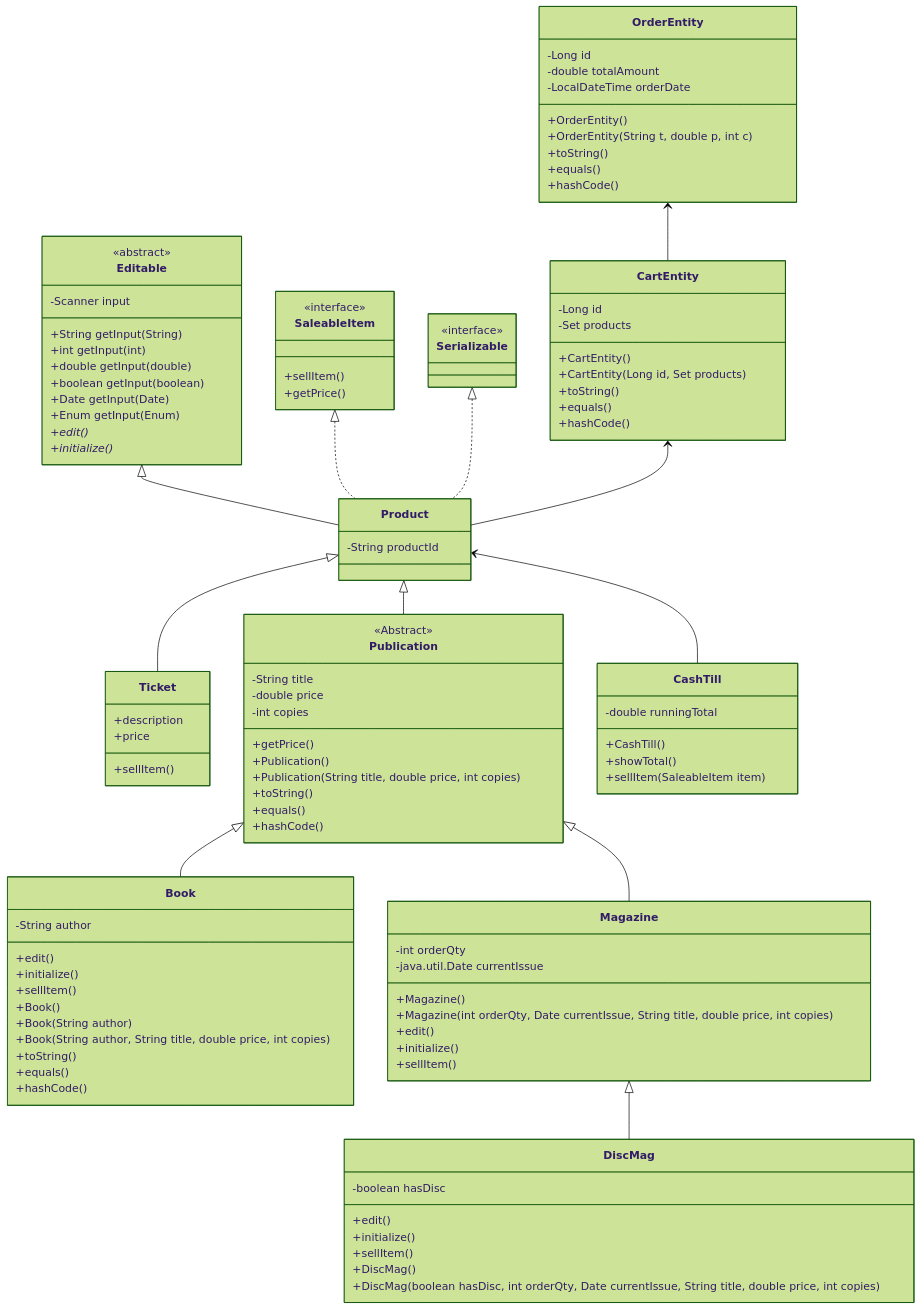
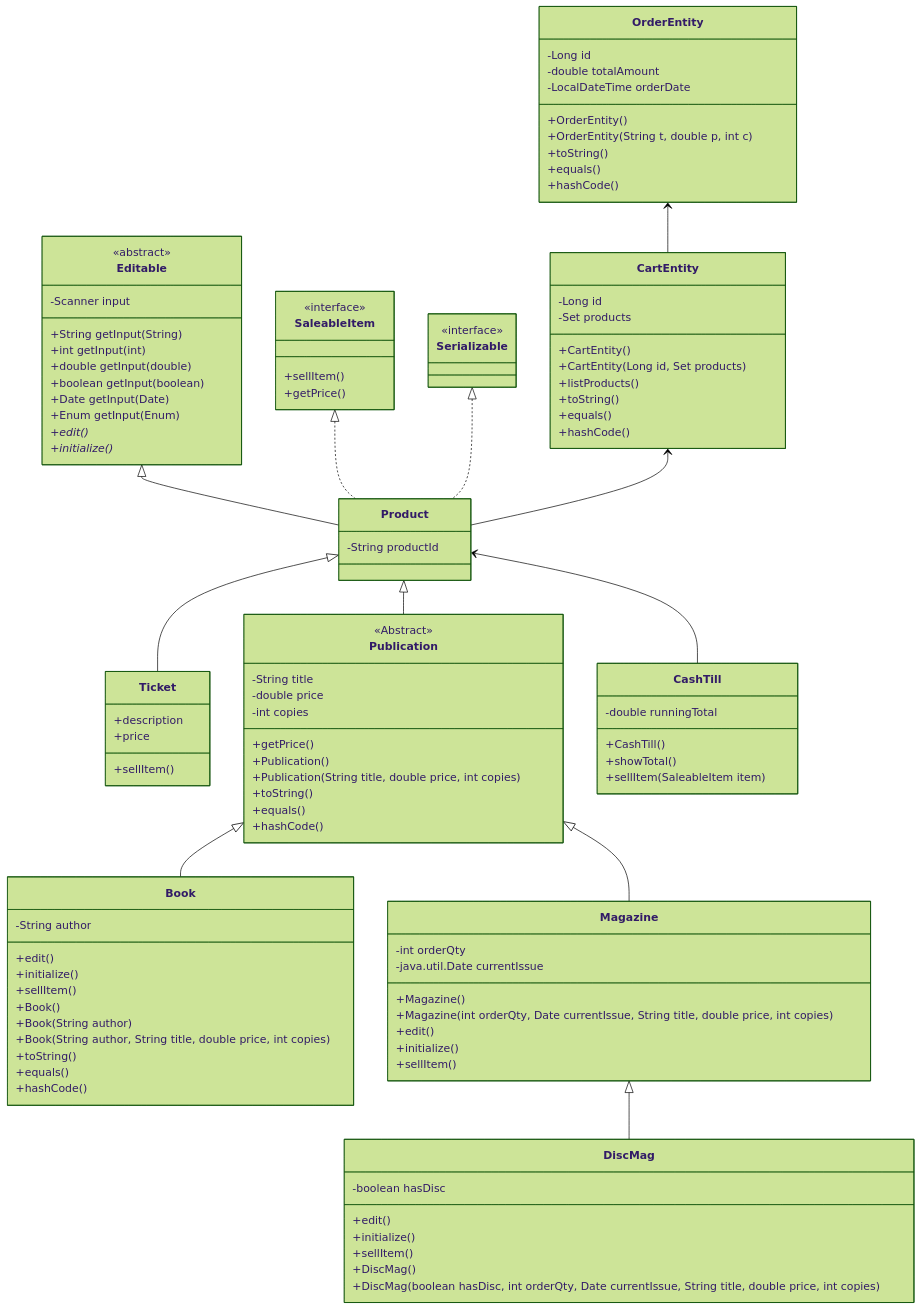
One commit to CaellumW/csd230_f26.lab1.CaellumFortier changed the diagram in documentation/bookstore.f25-2025-11-17-211001.mmd. Above: the diagram before and after it, drawn with Mermaid (forest theme). The commit also changed 2 other files, not shown here.

```diff
--- a/documentation/bookstore.f25-2025-11-17-211001.mmd
+++ b/documentation/bookstore.f25-2025-11-17-211001.mmd
@@ -1,120 +1,121 @@
 classDiagram
     Editable <|--Product
     Product <|--Ticket
     Product <|--Publication
     Publication <|-- Book
     Publication <|-- Magazine
     Magazine <|-- DiscMag
     SaleableItem <|.. Product
     Serializable <|.. Product
     Product <-- CashTill
     OrderEntity <-- CartEntity
     CartEntity <-- Product
 
     class Product{
         -String productId
     }
 
     class Serializable{
         <<interface>>
     }
     class Ticket{
         +description
         +price
         +sellItem()
     }
     class Editable{
         <<abstract>>
         -Scanner input
         +String getInput(String)
         +int getInput(int)
         +double getInput(double)
         +boolean getInput(boolean)
         +Date getInput(Date)
         +Enum getInput(Enum)
         +edit()*
         +initialize()*
 
     }
     class Publication{
         <<Abstract>>
         -String title
         -double price
         -int copies
         +getPrice()
 
         +Publication()
         +Publication(String title, double price, int copies)
         +toString()
         +equals()
         +hashCode()
 
     }
     class Book{
         -String author
         +edit()
         +initialize()
         +sellItem()
 
         +Book()
         +Book(String author)
         +Book(String author, String title, double price, int copies)
         +toString()
         +equals()
         +hashCode()
     }
 
     class Magazine{
         -int orderQty
         -java.util.Date currentIssue
 
         +Magazine()
         +Magazine(int orderQty, Date currentIssue, String title, double price, int copies)
 
         +edit()
         +initialize()
         +sellItem()
     }
 
     class DiscMag{
         -boolean hasDisc
         +edit()
         +initialize()
         +sellItem()
 
         +DiscMag()
         +DiscMag(boolean hasDisc, int orderQty, Date currentIssue, String title, double price, int copies)
 
     }
     class CashTill{
         -double runningTotal
         +CashTill()
         +showTotal()
         +sellItem(SaleableItem item)
     }
     class SaleableItem {
         <<interface>>
         +sellItem()
         +getPrice()
     }
     class OrderEntity {
         -Long id
         -double totalAmount
         -LocalDateTime orderDate
 
         +OrderEntity()
         +OrderEntity(String t, double p, int c)
         +toString()
         +equals()
         +hashCode()
     }
     class CartEntity {
         -Long id
         -Set<ProductEntity> products
 
         +CartEntity()
         +CartEntity(Long id, Set<ProductEntity> products)
+        +listProducts()
         +toString()
         +equals()
         +hashCode()
     }
```
